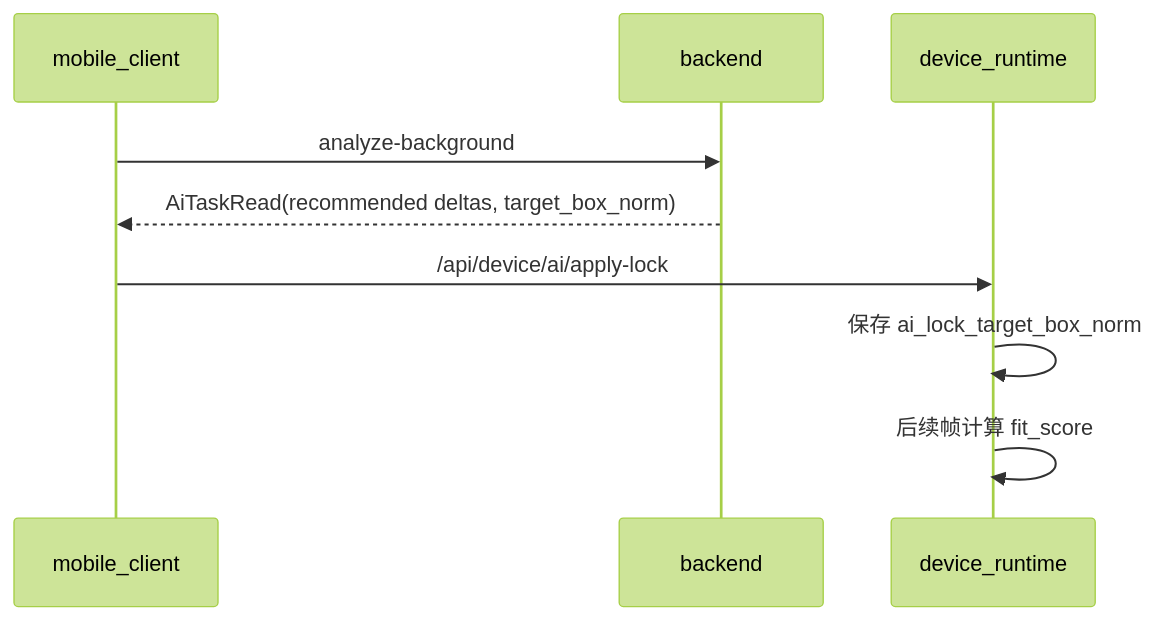
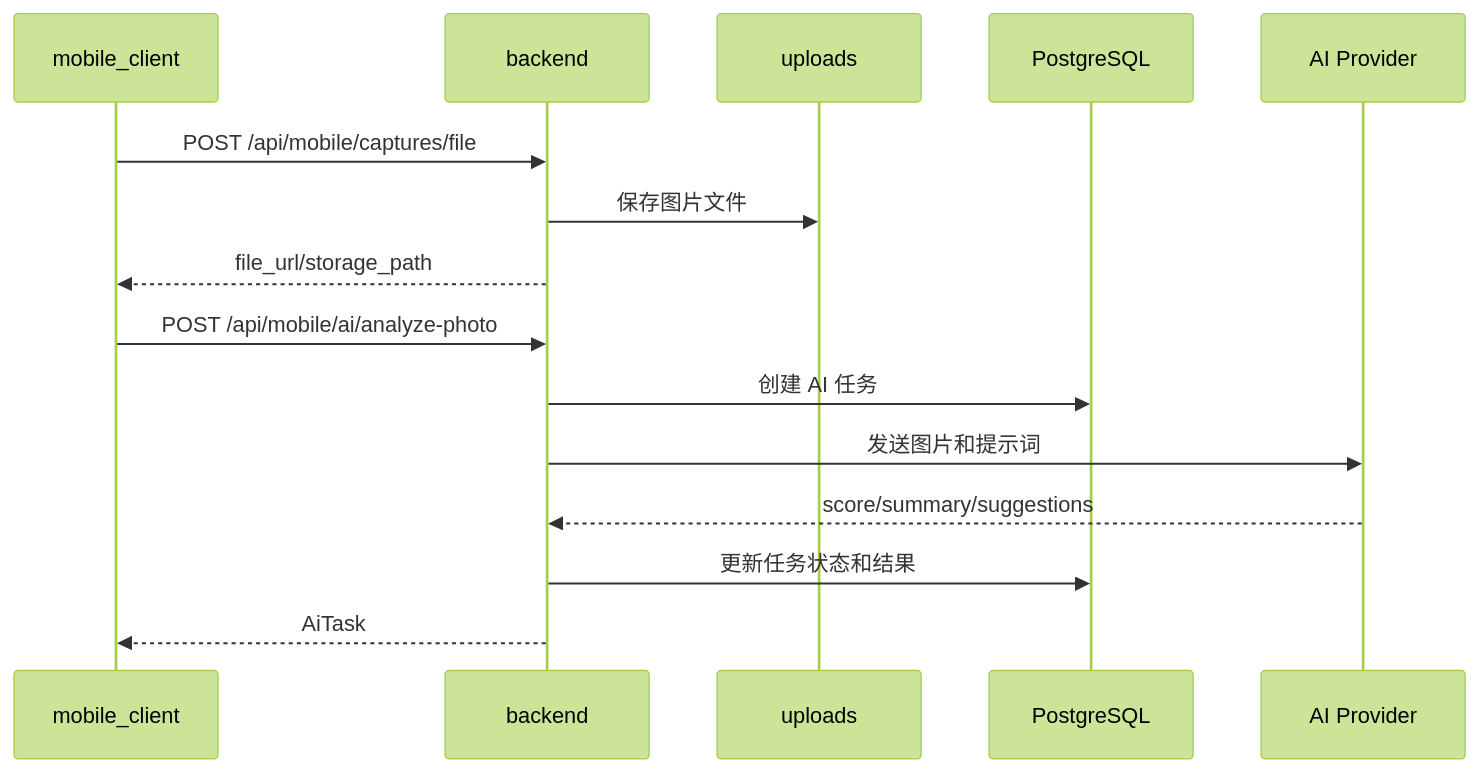
One commit to LiPeiCong60/Camera-Assistant-System changed the diagram in docs/AI照片分析链路说明.md. Above: the diagram before and after it, drawn with Mermaid (forest theme). The commit also changed other lines of this file and 33 other files, not shown here.

````diff
--- a/docs/AI照片分析链路说明.md
+++ b/docs/AI照片分析链路说明.md
@@ -101,12 +25,18 @@
 ```mermaid
 sequenceDiagram
-    participant M as mobile_client
-    participant B as backend
-    participant D as device_runtime
+  participant M as mobile_client
+  participant B as backend
+  participant FS as uploads
+  participant DB as PostgreSQL
+  participant AI as AI Provider
 
-    M->>B: analyze-background
-    B-->>M: AiTaskRead(recommended deltas, target_box_norm)
-    M->>D: /api/device/ai/apply-lock
-    D->>D: 保存 ai_lock_target_box_norm
-    D->>D: 后续帧计算 fit_score
+  M->>B: POST /api/mobile/captures/file
+  B->>FS: 保存图片文件
+  B-->>M: file_url/storage_path
+  M->>B: POST /api/mobile/ai/analyze-photo
+  B->>DB: 创建 AI 任务
+  B->>AI: 发送图片和提示词
+  AI-->>B: score/summary/suggestions
+  B->>DB: 更新任务状态和结果
+  B-->>M: AiTask
 ```
````
